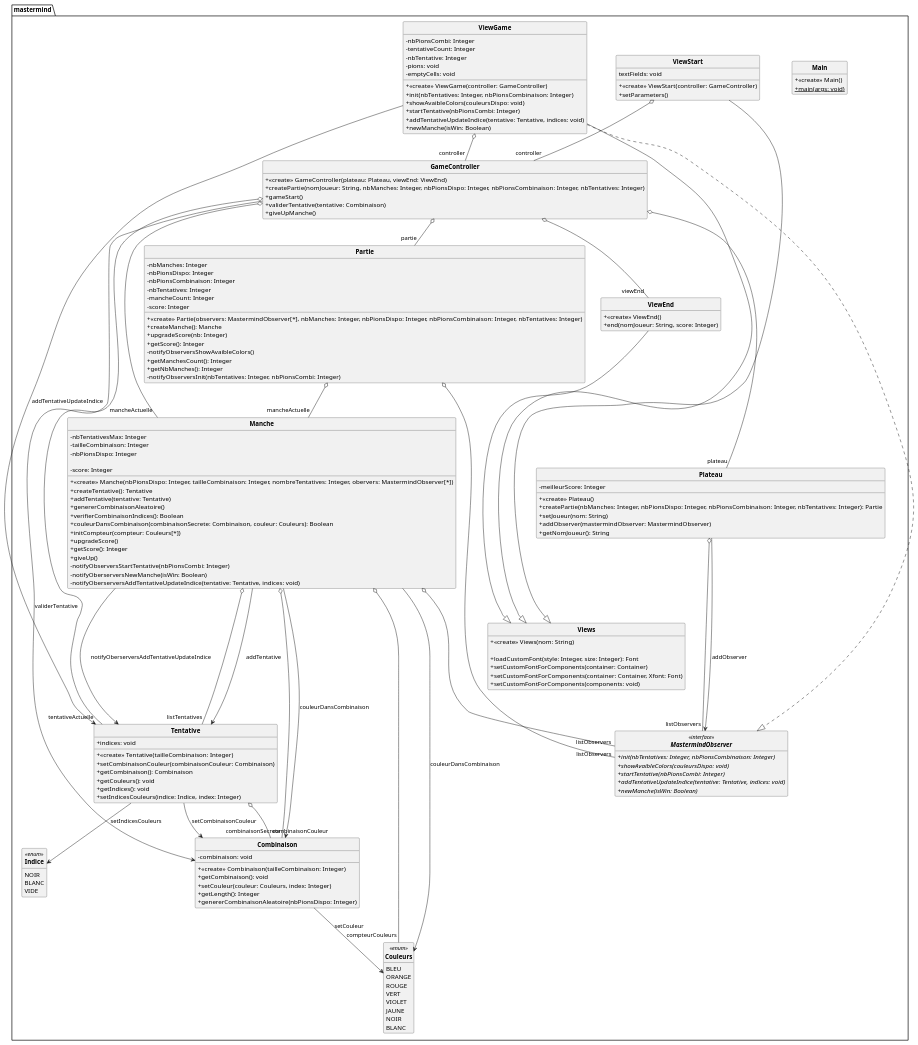
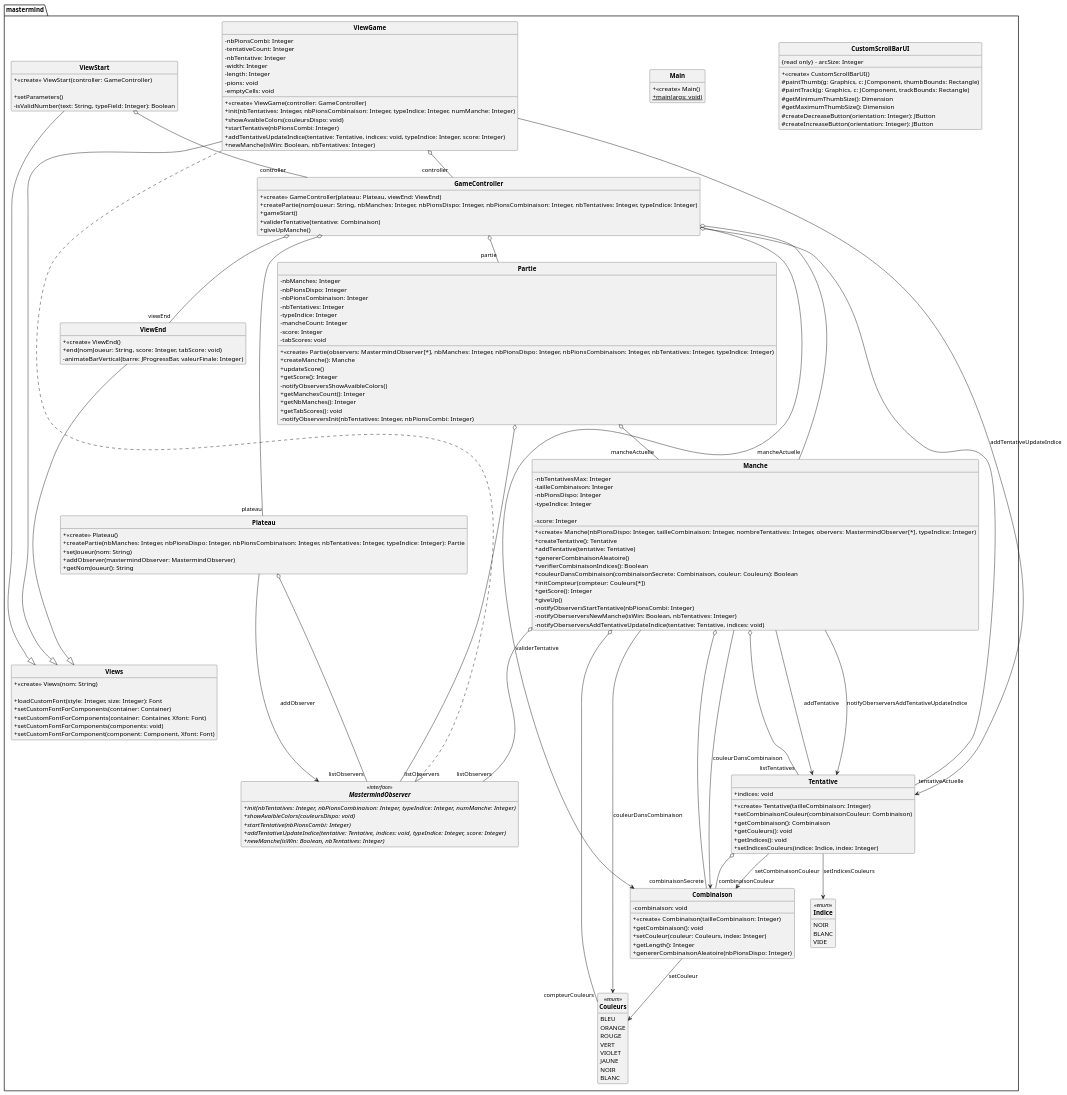
The diagram in ProjetMastermind/UML/DCC_Mastermind_genere.puml (eliottlebot/mastermind), drawn with PlantUML before and after one commit. The commit also changed other lines of this file and 17 other files, not shown here.

```diff
--- a/ProjetMastermind/UML/DCC_Mastermind_genere.puml
+++ b/ProjetMastermind/UML/DCC_Mastermind_genere.puml
@@ -29,6 +29,20 @@
 BLANC
 
 }
+Class mastermind.CustomScrollBarUI{
++ <<create>> CustomScrollBarUI()
+{read only} - arcSize: Integer
+# paintThumb(g: Graphics, c: JComponent, thumbBounds: Rectangle)
+# paintTrack(g: Graphics, c: JComponent, trackBounds: Rectangle)
+# getMinimumThumbSize(): Dimension
+# getMaximumThumbSize(): Dimension
+# createDecreaseButton(orientation: Integer): JButton
+# createIncreaseButton(orientation: Integer): JButton
+
+}
+
+
+
 Class mastermind.GameController{
 + <<create>> GameController(plateau: Plateau, viewEnd: ViewEnd)
 
@@ -36,7 +50,7 @@
 
 
 
-+ createPartie(nomJoueur: String, nbManches: Integer, nbPionsDispo: Integer, nbPionsCombinaison: Integer, nbTentatives: Integer)
++ createPartie(nomJoueur: String, nbManches: Integer, nbPionsDispo: Integer, nbPionsCombinaison: Integer, nbTentatives: Integer, typeIndice: Integer)
 + gameStart()
 + validerTentative(tentative: Combinaison)
 + giveUpManche()
@@ -66,11 +80,12 @@
 
 
 Class mastermind.Manche{
-+ <<create>> Manche(nbPionsDispo: Integer, tailleCombinaison: Integer, nombreTentatives: Integer, obervers: MastermindObserver[*])
++ <<create>> Manche(nbPionsDispo: Integer, tailleCombinaison: Integer, nombreTentatives: Integer, obervers: MastermindObserver[*], typeIndice: Integer)
 
 - nbTentativesMax: Integer
 - tailleCombinaison: Integer
 - nbPionsDispo: Integer
+- typeIndice: Integer
 
 - score: Integer
 
@@ -81,11 +96,10 @@
 + verifierCombinaisonIndices(): Boolean
 + couleurDansCombinaison(combinaisonSecrete: Combinaison, couleur: Couleurs): Boolean
 + initCompteur(compteur: Couleurs[*])
-+ upgradeScore()
 + getScore(): Integer
 + giveUp()
 - notifyObserversStartTentative(nbPionsCombi: Integer)
-- notifyOberserversNewManche(isWin: Boolean)
+- notifyOberserversNewManche(isWin: Boolean, nbTentatives: Integer)
 - notifyOberserversAddTentativeUpdateIndice(tentative: Tentative, indices: void)
 
 }
@@ -101,30 +115,33 @@
 
 
 Interface mastermind.MastermindObserver<<interface>> {
-{abstract} + init(nbTentatives: Integer, nbPionsCombinaison: Integer)
+{abstract} + init(nbTentatives: Integer, nbPionsCombinaison: Integer, typeIndice: Integer, numManche: Integer)
 {abstract} + showAvaibleColors(couleursDispo: void)
 {abstract} + startTentative(nbPionsCombi: Integer)
-{abstract} + addTentativeUpdateIndice(tentative: Tentative, indices: void)
-{abstract} + newManche(isWin: Boolean)
+{abstract} + addTentativeUpdateIndice(tentative: Tentative, indices: void, typeIndice: Integer, score: Integer)
+{abstract} + newManche(isWin: Boolean, nbTentatives: Integer)
 
 }
 
 Class mastermind.Partie{
-+ <<create>> Partie(observers: MastermindObserver[*], nbManches: Integer, nbPionsDispo: Integer, nbPionsCombinaison: Integer, nbTentatives: Integer)
++ <<create>> Partie(observers: MastermindObserver[*], nbManches: Integer, nbPionsDispo: Integer, nbPionsCombinaison: Integer, nbTentatives: Integer, typeIndice: Integer)
 - nbManches: Integer
 - nbPionsDispo: Integer
 - nbPionsCombinaison: Integer
 - nbTentatives: Integer
+- typeIndice: Integer
 - mancheCount: Integer
 - score: Integer
+- tabScores: void
 
 
 + createManche(): Manche
-+ upgradeScore(nb: Integer)
++ updateScore()
 + getScore(): Integer
 - notifyObserversShowAvaibleColors()
 + getManchesCount(): Integer
 + getNbManches(): Integer
++ getTabScores(): void
 - notifyObserversInit(nbTentatives: Integer, nbPionsCombi: Integer)
 
 }
@@ -136,9 +153,8 @@
 Class mastermind.Plateau{
 + <<create>> Plateau()
 
-- meilleurScore: Integer
 
-+ createPartie(nbManches: Integer, nbPionsDispo: Integer, nbPionsCombinaison: Integer, nbTentatives: Integer): Partie
++ createPartie(nbManches: Integer, nbPionsDispo: Integer, nbPionsCombinaison: Integer, nbTentatives: Integer, typeIndice: Integer): Partie
 + setJoueur(nom: String)
 + addObserver(mastermindObserver: MastermindObserver)
 + getNomJoueur(): String
@@ -168,7 +184,8 @@
 
 Class mastermind.ViewEnd{
 + <<create>> ViewEnd()
-+ end(nomJoueur: String, score: Integer)
++ end(nomJoueur: String, score: Integer, tabScore: void)
+- animateBarVertical(barre: JProgressBar, valeurFinale: Integer)
 
 }
 
@@ -182,16 +199,21 @@
 
 
 
+
+
+
 - nbPionsCombi: Integer
 - tentativeCount: Integer
 - nbTentative: Integer
+- width: Integer
+- length: Integer
 - pions: void
 - emptyCells: void
-+ init(nbTentatives: Integer, nbPionsCombinaison: Integer)
++ init(nbTentatives: Integer, nbPionsCombinaison: Integer, typeIndice: Integer, numManche: Integer)
 + showAvaibleColors(couleursDispo: void)
 + startTentative(nbPionsCombi: Integer)
-+ addTentativeUpdateIndice(tentative: Tentative, indices: void)
-+ newManche(isWin: Boolean)
++ addTentativeUpdateIndice(tentative: Tentative, indices: void, typeIndice: Integer, score: Integer)
++ newManche(isWin: Boolean, nbTentatives: Integer)
 
 }
 mastermind.ViewGame ..|> mastermind.MastermindObserver
@@ -207,6 +229,7 @@
 + setCustomFontForComponents(container: Container)
 + setCustomFontForComponents(container: Container, Xfont: Font)
 + setCustomFontForComponents(components: void)
++ setCustomFontForComponent(component: Component, Xfont: Font)
 
 }
 
@@ -215,8 +238,8 @@
 Class mastermind.ViewStart{
 + <<create>> ViewStart(controller: GameController)
 
-textFields: void
 + setParameters()
+- isValidNumber(text: String, typeField: Integer): Boolean
 
 }
 
```
